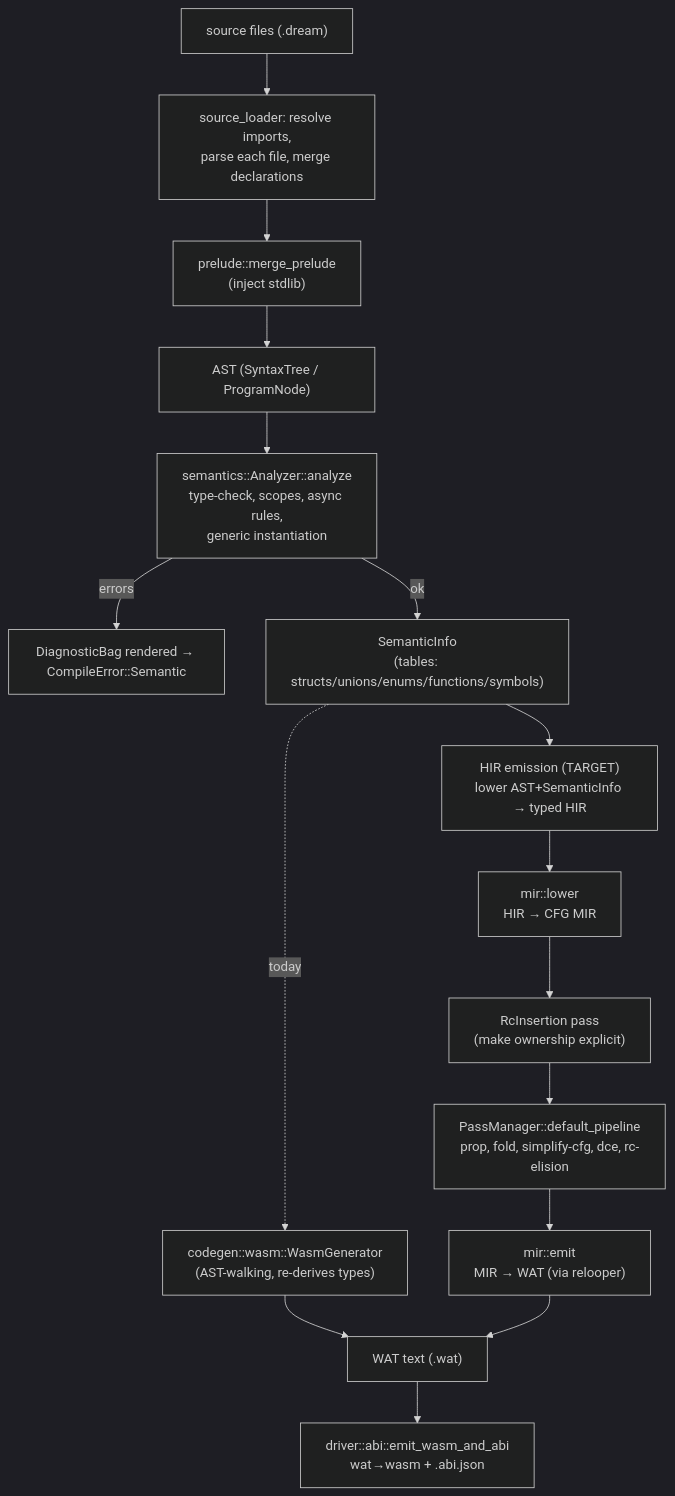
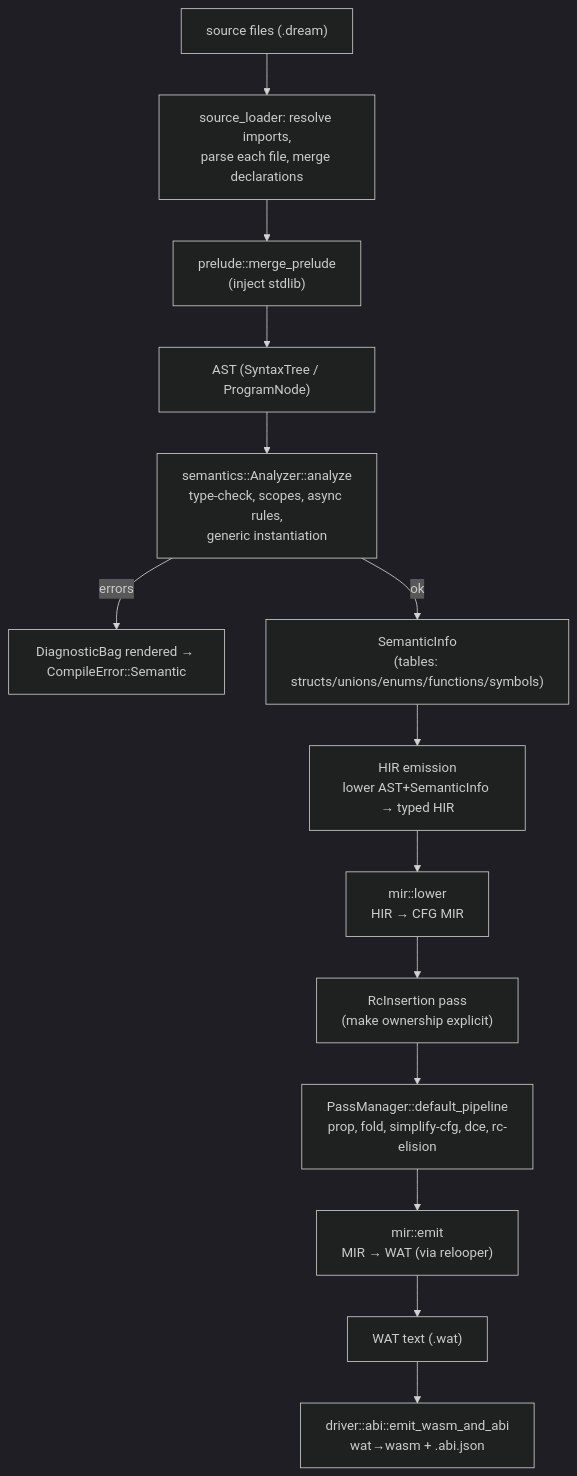
Before and after one commit to sps014/MinLang: the first of 2 diagrams in design/compiler/01-pipeline-overview.md, drawn with Mermaid (dark theme). The commit also changed other lines of this file and 16 other files, not shown here.

````diff
--- a/design/compiler/01-pipeline-overview.md
+++ b/design/compiler/01-pipeline-overview.md
@@ -9,22 +9,20 @@
 ```mermaid
 flowchart TD
     src["source files (.dream)"]
     src --> load["source_loader: resolve imports,\nparse each file, merge declarations"]
     load --> prelude["prelude::merge_prelude\n(inject stdlib)"]
     prelude --> ast["AST (SyntaxTree / ProgramNode)"]
 
     ast --> analyze["semantics::Analyzer::analyze\ntype-check, scopes, async rules,\ngeneric instantiation"]
     analyze -->|errors| diag["DiagnosticBag rendered → CompileError::Semantic"]
     analyze -->|ok| info["SemanticInfo\n(tables: structs/unions/enums/functions/symbols)"]
 
-    info --> hir["HIR emission (TARGET)\nlower AST+SemanticInfo → typed HIR"]
+    info --> hir["HIR emission\nlower AST+SemanticInfo → typed HIR"]
     hir --> mir["mir::lower\nHIR → CFG MIR"]
     mir --> rc["RcInsertion pass\n(make ownership explicit)"]
     rc --> opt["PassManager::default_pipeline\nprop, fold, simplify-cfg, dce, rc-elision"]
     opt --> emit["mir::emit\nMIR → WAT (via relooper)"]
 
-    info -.today.-> legacy["codegen::wasm::WasmGenerator\n(AST-walking, re-derives types)"]
-    legacy --> wat
     emit --> wat["WAT text (.wat)"]
     wat --> abi["driver::abi::emit_wasm_and_abi\nwat→wasm + .abi.json"]
 ```
````
